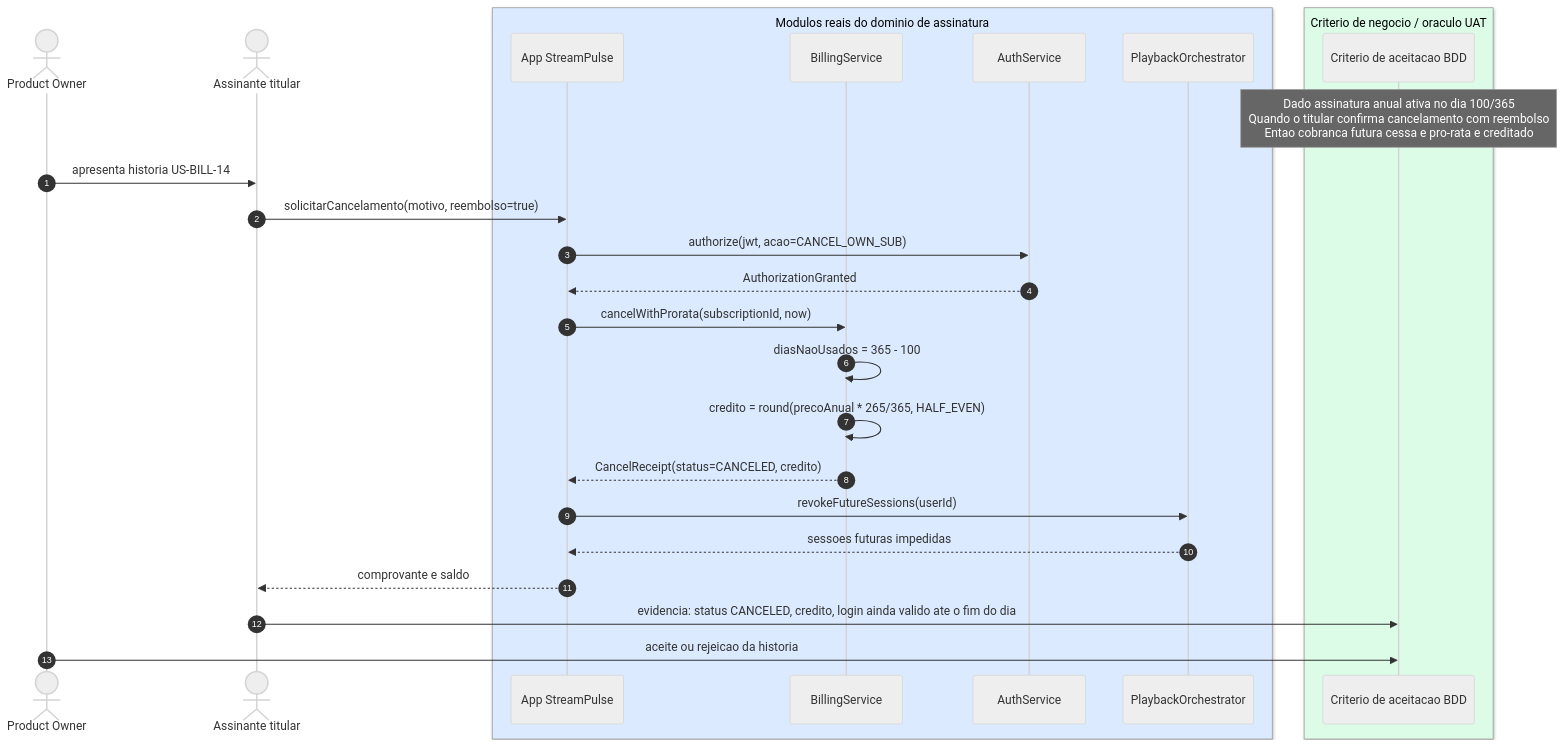
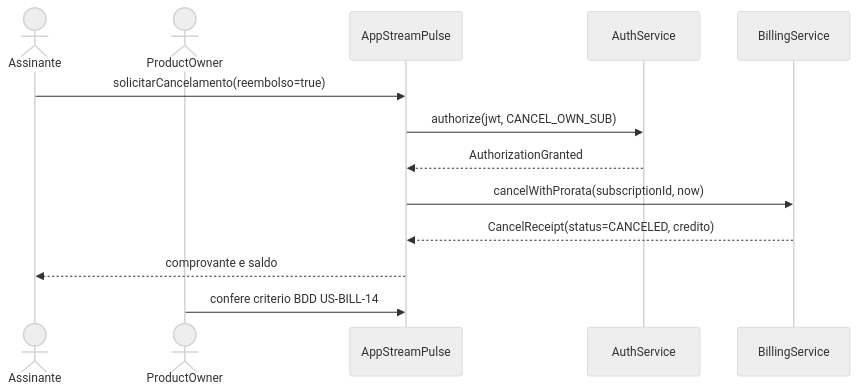
Before and after one commit to DiogoBAguiar/atividade-testes-software: the diagram in diagramas/3.1-uat-aceitacao.mmd, drawn with Mermaid (neutral theme). The commit also changed 27 other files, not shown here.

First line of the commit message:
Alinhar diagramas ao padrão UML do Laboratório 02.

```diff
--- a/diagramas/3.1-uat-aceitacao.mmd
+++ b/diagramas/3.1-uat-aceitacao.mmd
@@ -1,31 +1,14 @@
 sequenceDiagram
-    autonumber
-    actor PO as Product Owner
-    actor U as Assinante titular
+    actor Assinante
+    actor ProductOwner
+    participant App as AppStreamPulse
+    participant Auth as AuthService
+    participant Bill as BillingService
 
-    box rgb(219,234,254) Modulos reais do dominio de assinatura
-        participant APP as App StreamPulse
-        participant BILL as BillingService
-        participant AUTH as AuthService
-        participant PLAY as PlaybackOrchestrator
-    end
-
-    box rgb(220,252,231) Criterio de negocio / oraculo UAT
-        participant AC as Criterio de aceitacao BDD
-    end
-
-    Note over AC: Dado assinatura anual ativa no dia 100/365<br/>Quando o titular confirma cancelamento com reembolso<br/>Entao cobranca futura cessa e pro-rata e creditado
-
-    PO->>U: apresenta historia US-BILL-14
-    U->>APP: solicitarCancelamento(motivo, reembolso=true)
-    APP->>AUTH: authorize(jwt, acao=CANCEL_OWN_SUB)
-    AUTH-->>APP: AuthorizationGranted
-    APP->>BILL: cancelWithProrata(subscriptionId, now)
-    BILL->>BILL: diasNaoUsados = 365 - 100
-    BILL->>BILL: credito = round(precoAnual * 265/365, HALF_EVEN)
-    BILL-->>APP: CancelReceipt(status=CANCELED, credito)
-    APP->>PLAY: revokeFutureSessions(userId)
-    PLAY-->>APP: sessoes futuras impedidas
-    APP-->>U: comprovante e saldo
-    U->>AC: evidencia: status CANCELED, credito, login ainda valido ate o fim do dia
-    PO->>AC: aceite ou rejeicao da historia
+    Assinante->>App: solicitarCancelamento(reembolso=true)
+    App->>Auth: authorize(jwt, CANCEL_OWN_SUB)
+    Auth-->>App: AuthorizationGranted
+    App->>Bill: cancelWithProrata(subscriptionId, now)
+    Bill-->>App: CancelReceipt(status=CANCELED, credito)
+    App-->>Assinante: comprovante e saldo
+    ProductOwner->>App: confere criterio BDD US-BILL-14
```
